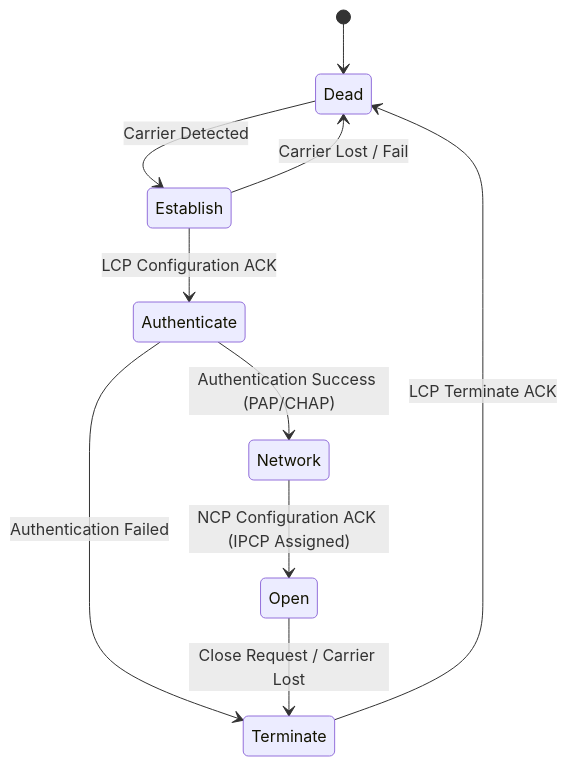
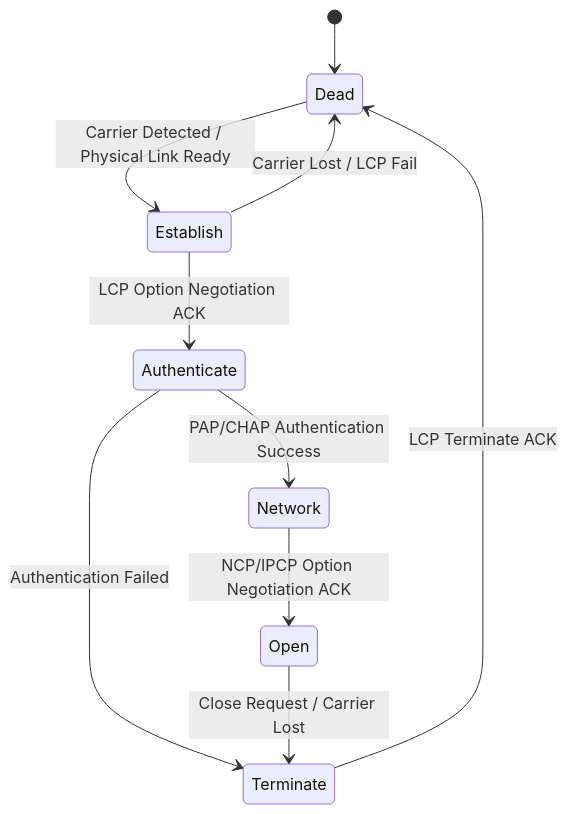
The fourth of 4 diagrams in notes/computer_networks/Chapter_3_Data_Link_Layer.md (DeepLumiere/DeepSkills), drawn with Mermaid before and after one commit. The commit also changed other lines of this file and 1 other file, not shown here.

````diff
--- a/notes/computer_networks/Chapter_3_Data_Link_Layer.md
+++ b/notes/computer_networks/Chapter_3_Data_Link_Layer.md
@@ -553,12 +697,12 @@
 ```mermaid
 stateDiagram-v2
     [*] --> Dead
-    Dead --> Establish : Carrier Detected
-    Establish --> Authenticate : LCP Configuration ACK
-    Establish --> Dead : Carrier Lost / Fail
-    Authenticate --> Network : Authentication Success (PAP/CHAP)
+    Dead --> Establish : Carrier Detected / Physical Link Ready
+    Establish --> Authenticate : LCP Option Negotiation ACK
+    Establish --> Dead : Carrier Lost / LCP Fail
+    Authenticate --> Network : PAP/CHAP Authentication Success
     Authenticate --> Terminate : Authentication Failed
-    Network --> Open : NCP Configuration ACK (IPCP Assigned)
+    Network --> Open : NCP/IPCP Option Negotiation ACK
     Open --> Terminate : Close Request / Carrier Lost
     Terminate --> Dead : LCP Terminate ACK
 ```
````
